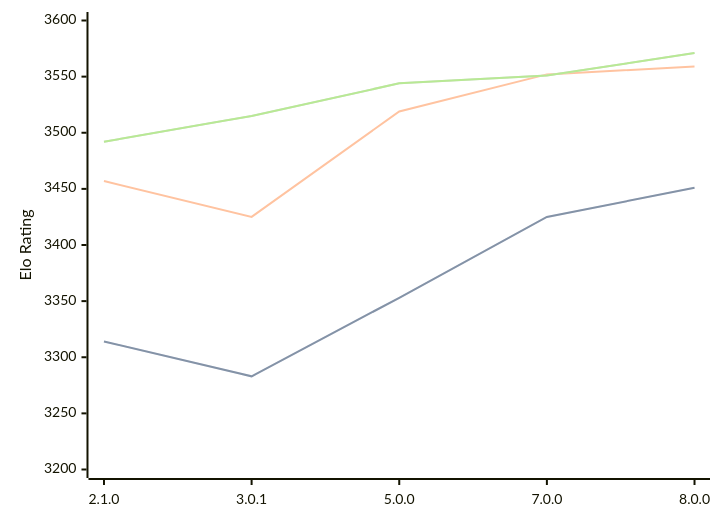
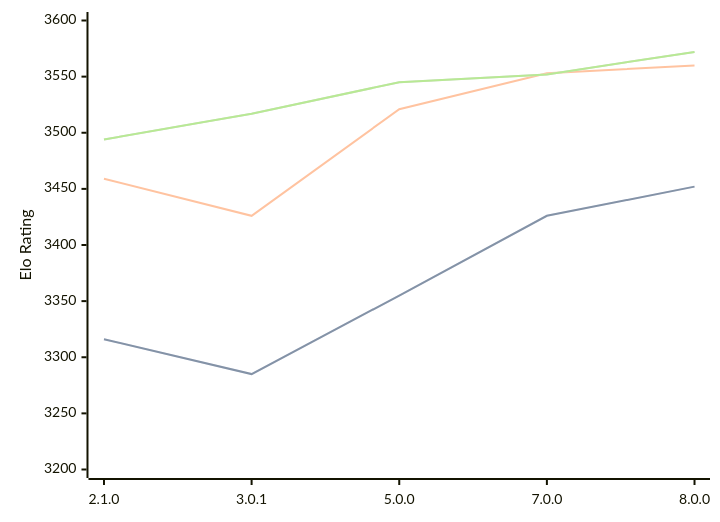
One commit to computer-chess-index/cci changed the diagram in engines/PlentyChess.md. Above: the diagram before and after it, drawn with Mermaid. The commit also changed other lines of this file, not shown here.

Commit message:
Update CCI Ratings (ELO VLTC) - 2026-08-09

````diff
--- a/engines/PlentyChess.md
+++ b/engines/PlentyChess.md
@@ -37,11 +37,11 @@
 ```mermaid
 %%{init: {"theme":"base","themeVariables":{"seriesColors:['#a3a3a3','#222221','#faa371']}}}%%
 xychart-beta
   x-axis ["2.1.0", "3.0.1", "5.0.0", "7.0.0", "8.0.0"]
   y-axis "Elo Rating" 3200 --> 3600
-  line "STC (8.0+0.08s)" [3314, 3283, 3353, 3425, 3451]
-  line "STC (8.0+0.08s)" [3314, 3283, 3353, 3425, 3451]
-  line "LTC (60.0+0.60s)" [3457, 3425, 3519, 3552, 3559]
-  line "VLTC (2m24s+1.12s)" [3492, 3515, 3544, 3551, 3571]
-  line "VLTC (2m24s+1.12s)" [3492, 3515, 3544, 3551, 3571]
+  line "STC (8.0+0.08s)" [3316, 3285, 3355, 3426, 3452]
+  line "STC (8.0+0.08s)" [3316, 3285, 3355, 3426, 3452]
+  line "LTC (60.0+0.60s)" [3459, 3426, 3521, 3553, 3560]
+  line "VLTC (2m24s+1.12s)" [3494, 3517, 3545, 3552, 3572]
+  line "VLTC (2m24s+1.12s)" [3494, 3517, 3545, 3552, 3572]
 ```
````
